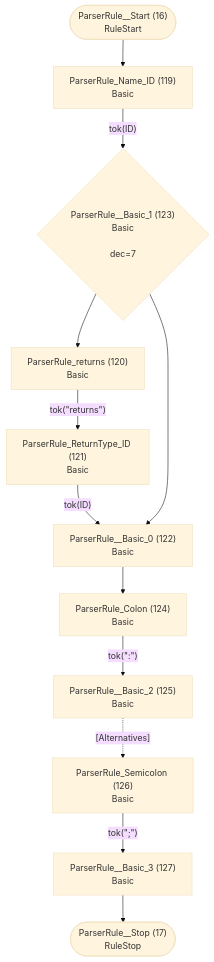
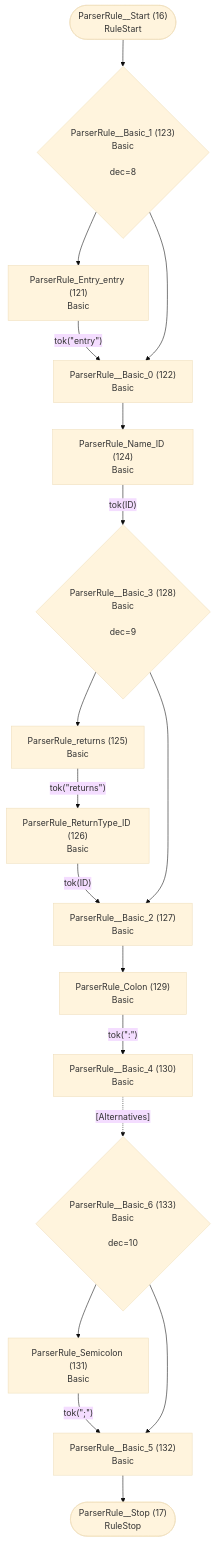
One commit to TypeFox/fastbelt changed the ninth of 26 diagrams in internal/grammar/atn.md. Above: the diagram before and after it, drawn with Mermaid (base theme). The commit also changed other lines of this file and 25 other files, not shown here.

````diff
--- a/internal/grammar/atn.md
+++ b/internal/grammar/atn.md
@@ -232,26 +237,36 @@
 ```mermaid
 flowchart TD
     q16(["ParserRule__Start (16)<br/>RuleStart"])
     q17(["ParserRule__Stop (17)<br/>RuleStop"])
-    q119["ParserRule_Name_ID (119)<br/>Basic<br/>"]
-    q120["ParserRule_returns (120)<br/>Basic<br/>"]
-    q121["ParserRule_ReturnType_ID (121)<br/>Basic<br/>"]
+    q121["ParserRule_Entry_entry (121)<br/>Basic<br/>"]
     q122["ParserRule__Basic_0 (122)<br/>Basic<br/>"]
-    q123{"ParserRule__Basic_1 (123)<br/>Basic<br/><br/>dec=7"}
-    q124["ParserRule_Colon (124)<br/>Basic<br/>"]
-    q125["ParserRule__Basic_2 (125)<br/>Basic<br/>"]
-    q126["ParserRule_Semicolon (126)<br/>Basic<br/>"]
-    q127["ParserRule__Basic_3 (127)<br/>Basic<br/>"]
+    q123{"ParserRule__Basic_1 (123)<br/>Basic<br/><br/>dec=8"}
+    q124["ParserRule_Name_ID (124)<br/>Basic<br/>"]
+    q125["ParserRule_returns (125)<br/>Basic<br/>"]
+    q126["ParserRule_ReturnType_ID (126)<br/>Basic<br/>"]
+    q127["ParserRule__Basic_2 (127)<br/>Basic<br/>"]
+    q128{"ParserRule__Basic_3 (128)<br/>Basic<br/><br/>dec=9"}
+    q129["ParserRule_Colon (129)<br/>Basic<br/>"]
+    q130["ParserRule__Basic_4 (130)<br/>Basic<br/>"]
+    q131["ParserRule_Semicolon (131)<br/>Basic<br/>"]
+    q132["ParserRule__Basic_5 (132)<br/>Basic<br/>"]
+    q133{"ParserRule__Basic_6 (133)<br/>Basic<br/><br/>dec=10"}
 
-    q16 --> q119
-    q119 -->|"tok(ID)"| q123
-    q120 -->|"tok(&quot;returns&quot;)"| q121
-    q121 -->|"tok(ID)"| q122
+    q16 --> q123
+    q121 -->|"tok(&quot;entry&quot;)"| q122
     q122 --> q124
-    q123 --> q120
+    q123 --> q121
     q123 --> q122
-    q124 -->|"tok(&quot;:&quot;)"| q125
-    q125 -.->|"[Alternatives]"| q126
-    q126 -->|"tok(&quot;;&quot;)"| q127
-    q127 --> q17
+    q124 -->|"tok(ID)"| q128
+    q125 -->|"tok(&quot;returns&quot;)"| q126
+    q126 -->|"tok(ID)"| q127
+    q127 --> q129
+    q128 --> q125
+    q128 --> q127
+    q129 -->|"tok(&quot;:&quot;)"| q130
+    q130 -.->|"[Alternatives]"| q133
+    q131 -->|"tok(&quot;;&quot;)"| q132
+    q132 --> q17
+    q133 --> q131
+    q133 --> q132
 ```
````
